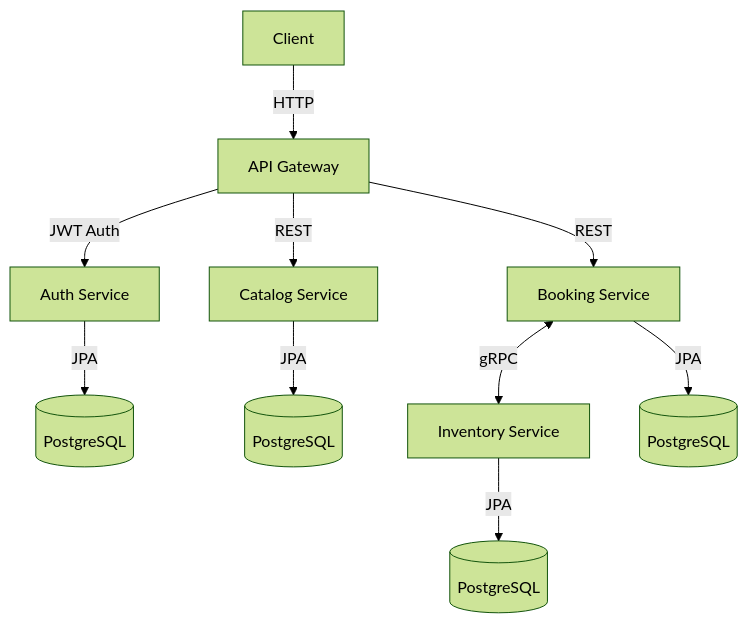
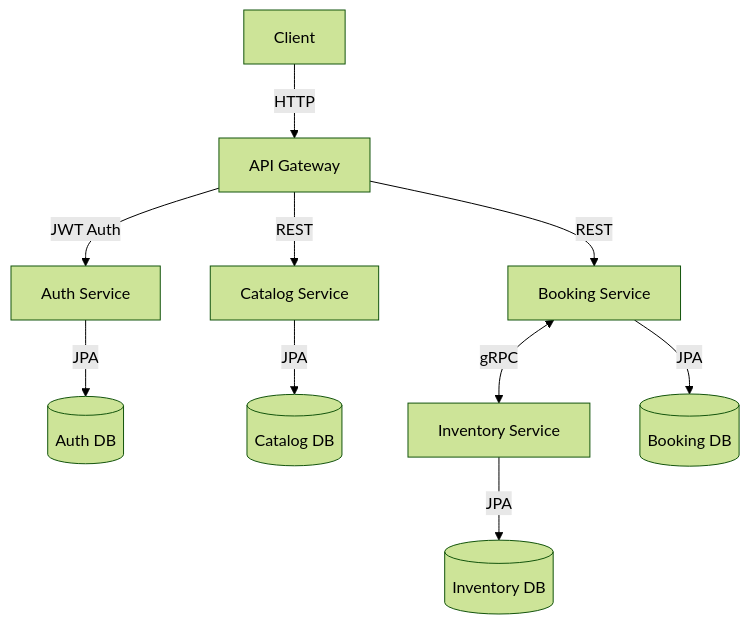
The diagram in README.md (carpodok/microservices-based-ticketing-platform), drawn with Mermaid (forest theme) before and after one commit.

````diff
--- a/README.md
+++ b/README.md
@@ -7,12 +7,12 @@
 ```mermaid
 graph TD
     Client -->|HTTP| Gateway[API Gateway]
     Gateway -->|JWT Auth| Auth[Auth Service]
     Gateway -->|REST| Catalog[Catalog Service]
     Gateway -->|REST| Booking[Booking Service]
     Booking <-->|gRPC| Inventory[Inventory Service]
-    Auth -->|JPA| AuthDB[(PostgreSQL)]
-    Catalog -->|JPA| CatalogDB[(PostgreSQL)]
-    Inventory -->|JPA| InventoryDB[(PostgreSQL)]
-    Booking -->|JPA| BookingDB[(PostgreSQL)]
+    Auth -->|JPA| AuthDB[(Auth DB)]
+    Catalog -->|JPA| CatalogDB[(Catalog DB)]
+    Inventory -->|JPA| InventoryDB[(Inventory DB)]
+    Booking -->|JPA| BookingDB[(Booking DB)]
 ```
````
